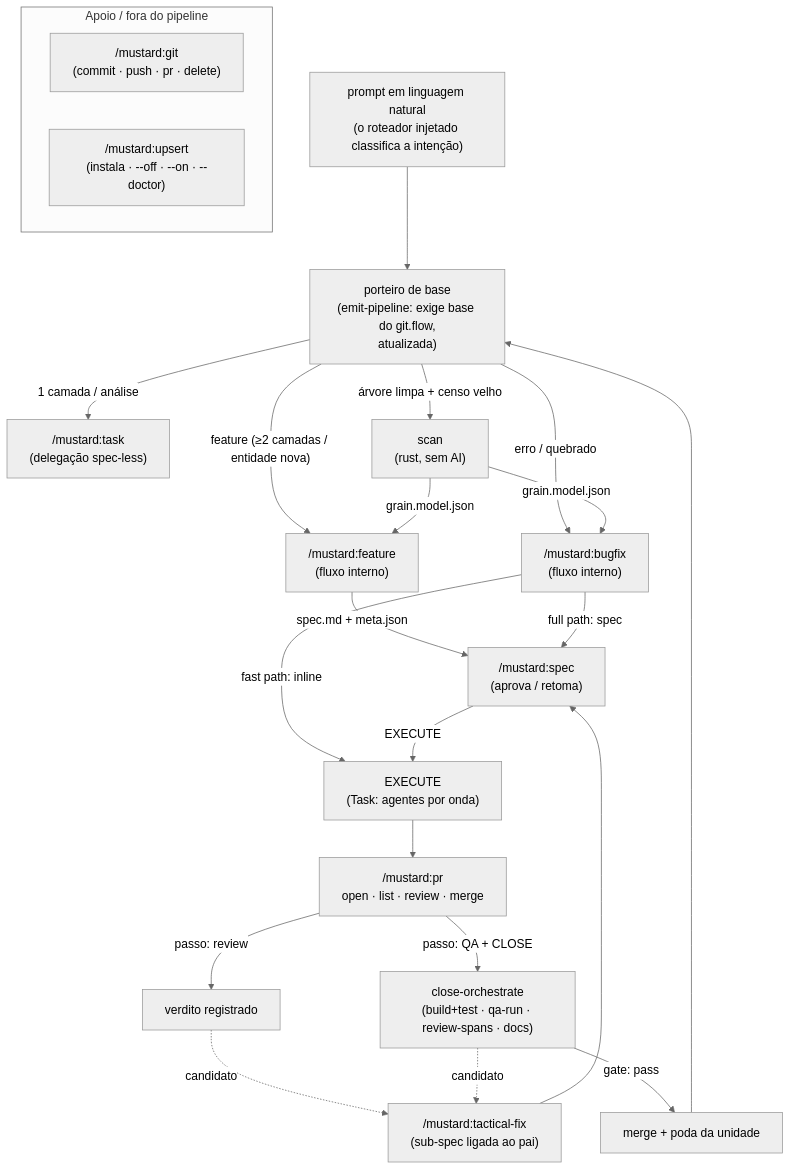
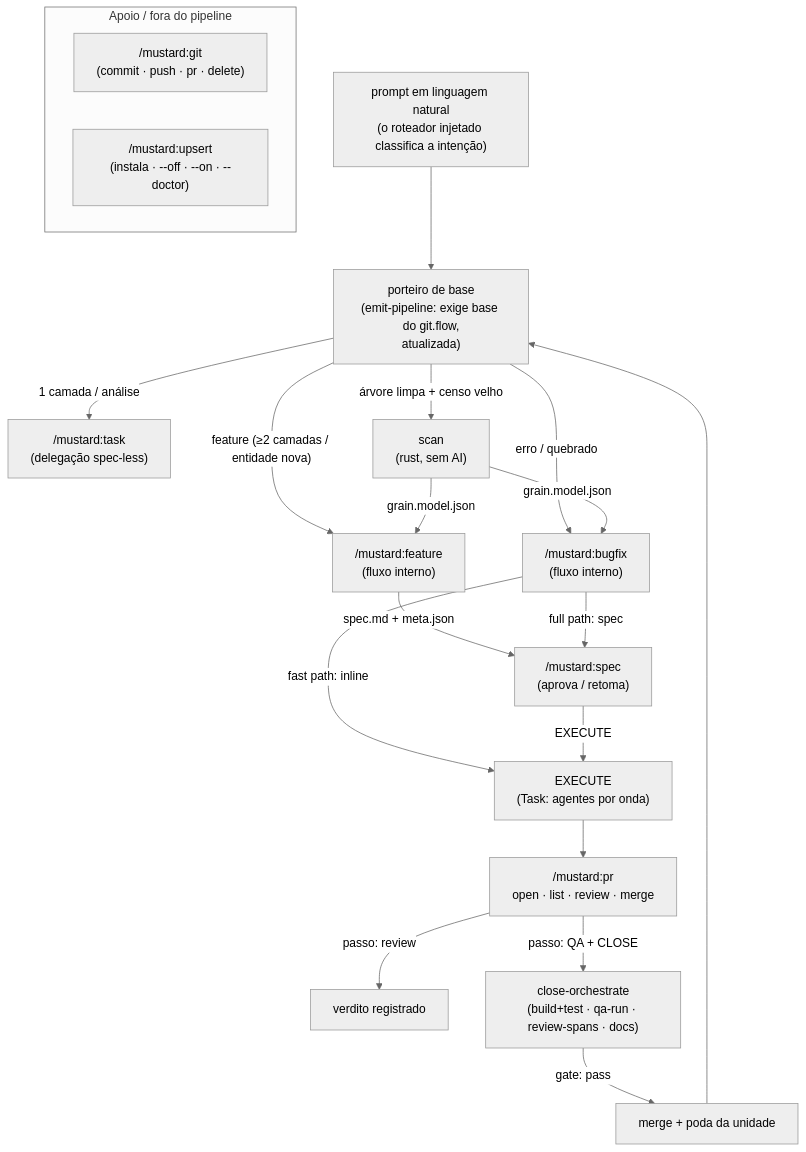
The first of 11 diagrams in MUSTARD-COMMANDS.md (rubensrpj/mustard), drawn with Mermaid (neutral theme) before and after one commit. The commit also changed other lines of this file and 22 other files, not shown here.

````diff
--- a/MUSTARD-COMMANDS.md
+++ b/MUSTARD-COMMANDS.md
@@ -25,32 +25,28 @@
 ```mermaid
 flowchart TD
     door["prompt em linguagem natural<br/>(o roteador injetado classifica a intenção)"] --> gate["porteiro de base<br/>(emit-pipeline: exige base do git.flow,<br/>atualizada)"]
     gate -->|"feature (≥2 camadas / entidade nova)"| feat["/mustard:feature<br/>(fluxo interno)"]
     gate -->|"erro / quebrado"| bug["/mustard:bugfix<br/>(fluxo interno)"]
     gate -->|"1 camada / análise"| task["/mustard:task<br/>(delegação spec-less)"]
 
     gate -->|"árvore limpa + censo velho"| scan["scan<br/>(rust, sem AI)"]
     scan -->|grain.model.json| feat
     scan -->|grain.model.json| bug
 
     feat -->|spec.md + meta.json| spec["/mustard:spec<br/>(aprova / retoma)"]
     bug -->|"fast path: inline"| exec
     bug -->|"full path: spec"| spec
 
     spec -->|EXECUTE| exec["EXECUTE<br/>(Task: agentes por onda)"]
     exec --> pr["/mustard:pr<br/>open · list · review · merge"]
     pr -->|"passo: review"| rev["verdito registrado"]
     pr -->|"passo: QA + CLOSE"| gates["close-orchestrate<br/>(build+test · qa-run · review-spans · docs)"]
     gates -->|"gate: pass"| merge["merge + poda da unidade"]
 
-    rev -. candidato .-> tf["/mustard:tactical-fix<br/>(sub-spec ligada ao pai)"]
-    gates -. candidato .-> tf
-    tf --> spec
-
     merge --> gate
 
     subgraph apoio["Apoio / fora do pipeline"]
         git["/mustard:git<br/>(commit · push · pr · delete)"]
         upsert["/mustard:upsert<br/>(instala · --off · --on · --doctor)"]
     end
 ```
````
